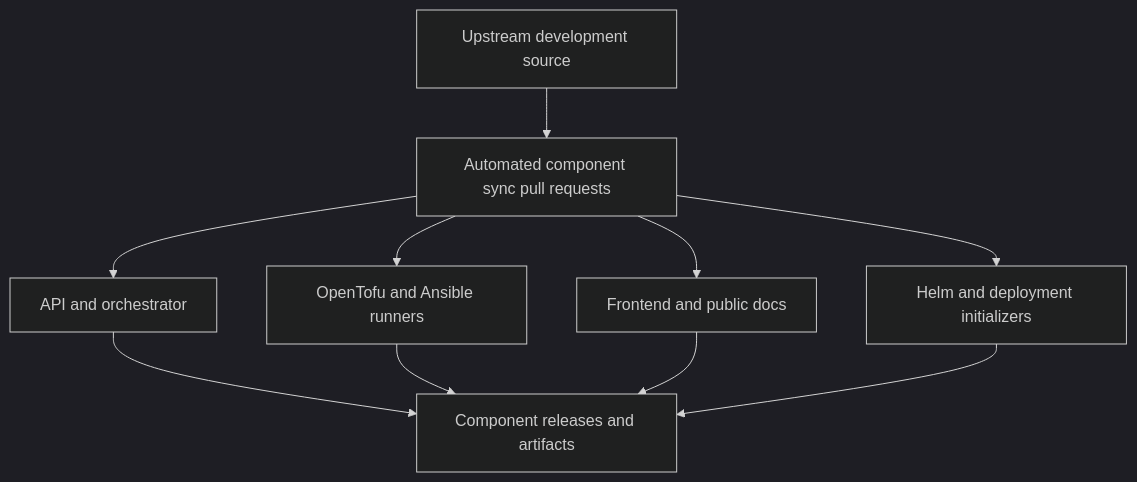
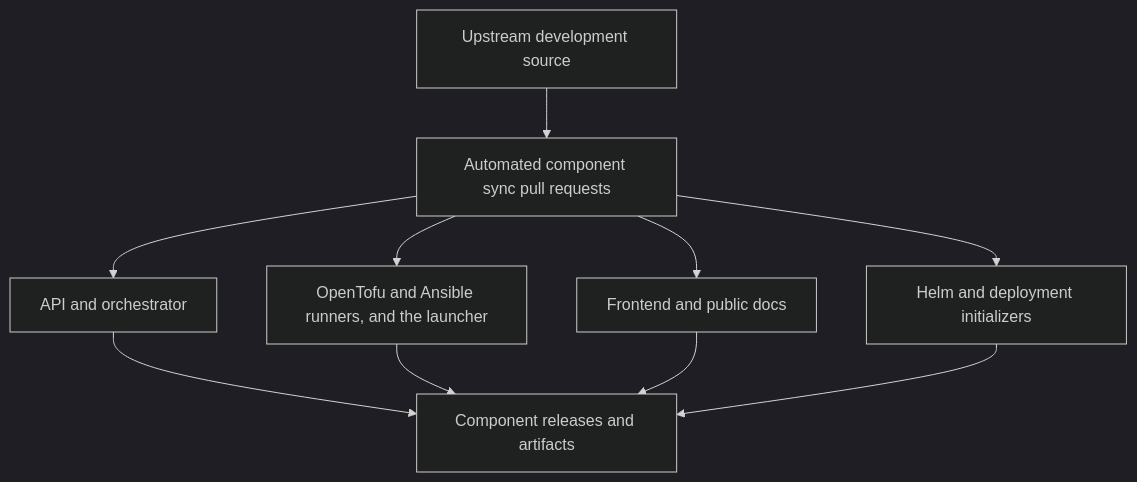
The diagram in docs/architecture/repositories.md (vhco-pro/stackweaver-frontend), drawn with Mermaid (dark theme) before and after one commit. The commit also changed other lines of this file and 21 other files, not shown here.

````diff
--- a/docs/architecture/repositories.md
+++ b/docs/architecture/repositories.md
@@ -42,12 +43,12 @@
 ```mermaid
 flowchart TD
     U["Upstream development source"] --> S["Automated component sync pull requests"]
     S --> A["API and orchestrator"]
-    S --> R["OpenTofu and Ansible runners"]
+    S --> R["OpenTofu and Ansible runners, and the launcher"]
     S --> F["Frontend and public docs"]
     S --> D["Helm and deployment initializers"]
     A --> P["Component releases and artifacts"]
     R --> P
     F --> P
     D --> P
 ```
````
